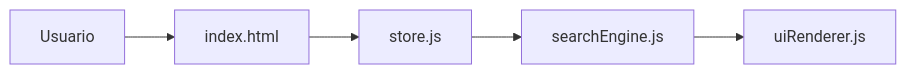
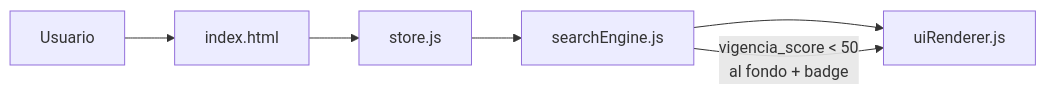
The tenth of 10 diagrams in README.md (psbella/remediar), drawn with Mermaid before and after one commit. The commit also changed other lines of this file, not shown here.

````diff
--- a/README.md
+++ b/README.md
@@ -942,14 +1234,12 @@
 ```mermaid
 flowchart LR
 
     A[Usuario]
     B[index.html]
     C[store.js]
     D[searchEngine.js]
     E[uiRenderer.js]
 
-    A --> B
-    B --> C
-    C --> D
-    D --> E
+    A --> B --> C --> D --> E
+    D -->|vigencia_score < 50\nal fondo + badge| E
 ```
````
